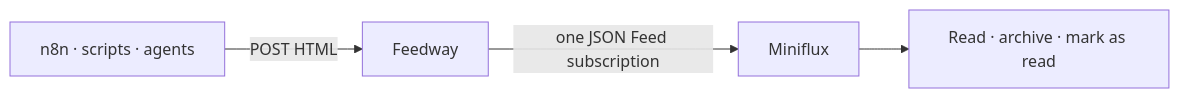
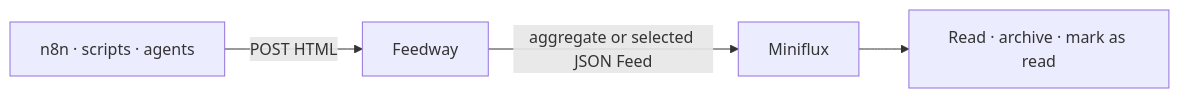
Before and after one commit to zewelor/feedway: the diagram in README.md, drawn with Mermaid. The commit also changed other lines of this file and 21 other files, not shown here.

````diff
--- a/README.md
+++ b/README.md
@@ -25,6 +27,6 @@
 ```mermaid
 flowchart LR
     N["n8n · scripts · agents"] -->|"POST HTML"| F["Feedway"]
-    F -->|"one JSON Feed subscription"| M["Miniflux"]
+    F -->|"aggregate or selected JSON Feed"| M["Miniflux"]
     M --> R["Read · archive · mark as read"]
 ```
````
